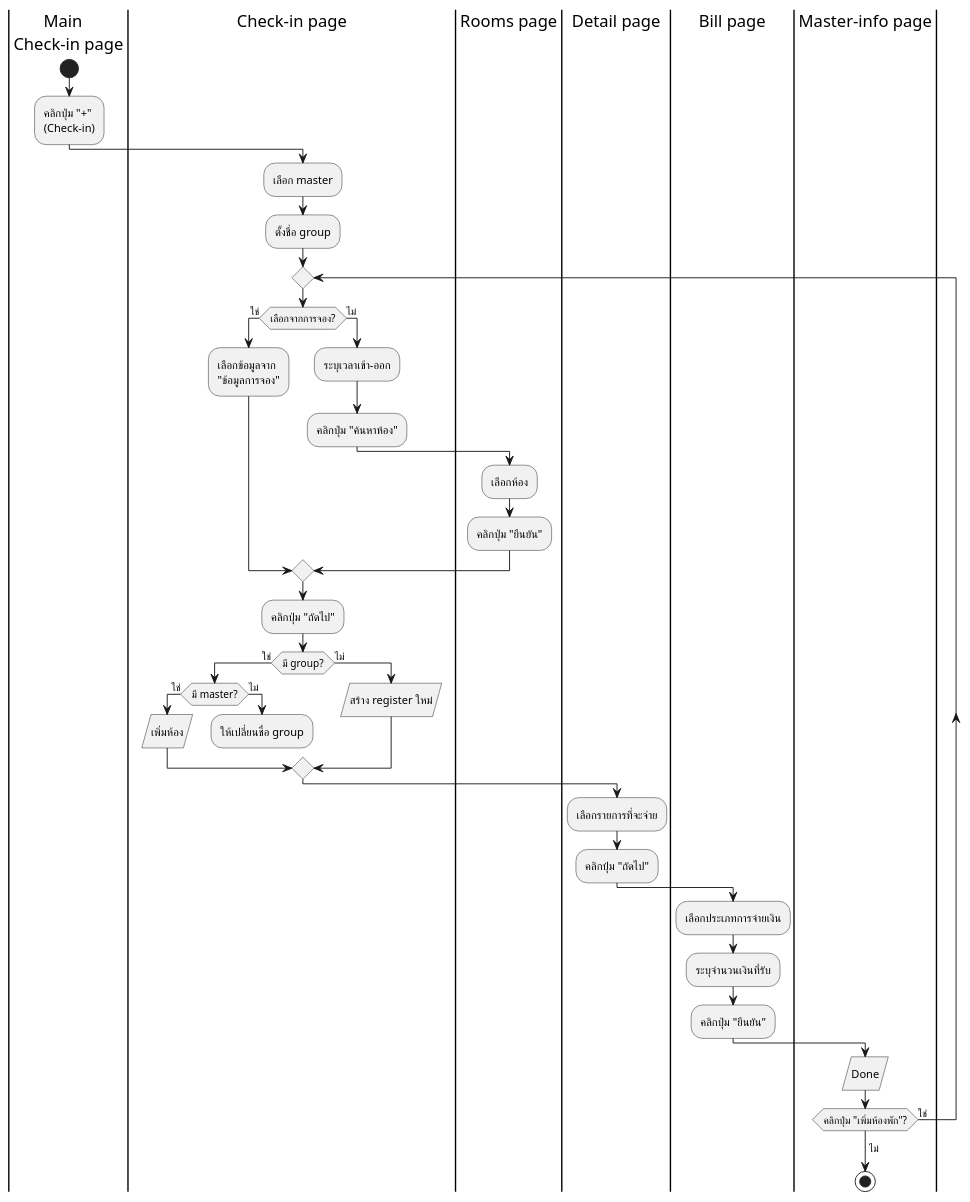
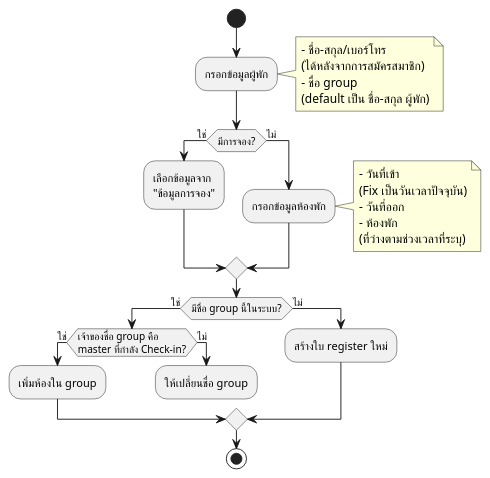
One commit to cheat13/Prompiman_Diagram changed the diagram in activity-diagram/Check-in/Check-in.md. Above: the diagram before and after it, drawn with PlantUML. The commit also changed 2 other files, not shown here.

Commit message:
edit check-in diagram

```diff
--- a/activity-diagram/Check-in/Check-in.md
+++ b/activity-diagram/Check-in/Check-in.md
@@ -1,50 +1,37 @@
 @startuml
-|       Main \nCheck-in page|
 start
-:คลิกปุ่ม "+" 
-(Check-in);
 
-|Check-in page|
-:เลือก master;
-:ตั้งชื่อ group;
-repeat
-if (เลือกจากการจอง?) then (ใช่)
+:กรอกข้อมูลผู้พัก;
+note right
+    - ชื่อ-สกุล/เบอร์โทร 
+    (ได้หลังจากการสมัครสมาชิก)
+    - ชื่อ group
+    (default เป็น ชื่อ-สกุล ผู้พัก)
+end note
+
+if (มีการจอง?) then (ใช่)
     :เลือกข้อมูลจาก\n"ข้อมูลการจอง";
 else (ไม่)
-    :ระบุเวลาเข้า-ออก;
-    :คลิกปุ่ม "ค้นหาห้อง";
-
-    |Rooms page|
-    :เลือกห้อง;
-    :คลิกปุ่ม "ยืนยัน";
+    :กรอกข้อมูลห้องพัก;
+    note right
+        - วันที่เข้า 
+        (Fix เป็นวันเวลาปัจจุบัน)
+        - วันที่ออก 
+        - ห้องพัก
+        (ที่ว่างตามช่วงเวลาที่ระบุ)
+    end note
 endif
 
-|Check-in page|
-:คลิกปุ่ม "ถัดไป";
-if (มี group?) then (ใช่)
-    if (มี master?) then (ใช่)
-        :เพิ่มห้อง/
+if (มีชื่อ group นี้ในระบบ?) then (ใช่)
+    if (เจ้าของชื่อ group คือ\nmaster ที่กำลัง Check-in?) then (ใช่)
+        :เพิ่มห้องใน group;
     else (ไม่)
         :ให้เปลี่ยนชื่อ group;
         detach
     endif
 else (ไม่)
-    :สร้าง register ใหม่/
+    :สร้างใบ register ใหม่;    
 endif
 
-|Detail page|
-:เลือกรายการที่จะจ่าย;
-:คลิกปุ่ม "ถัดไป";
-
-|Bill page|
-:เลือกประเภทการจ่ายเงิน;
-:ระบุจำนวนเงินที่รับ;
-:คลิกปุ่ม "ยืนยัน";
-
-|Master-info page|
-:Done/
-repeat while (คลิกปุ่ม "เพิ่มห้องพัก"?) is (ใช่)
-->ไม่;
 stop
-
 @enduml
```
